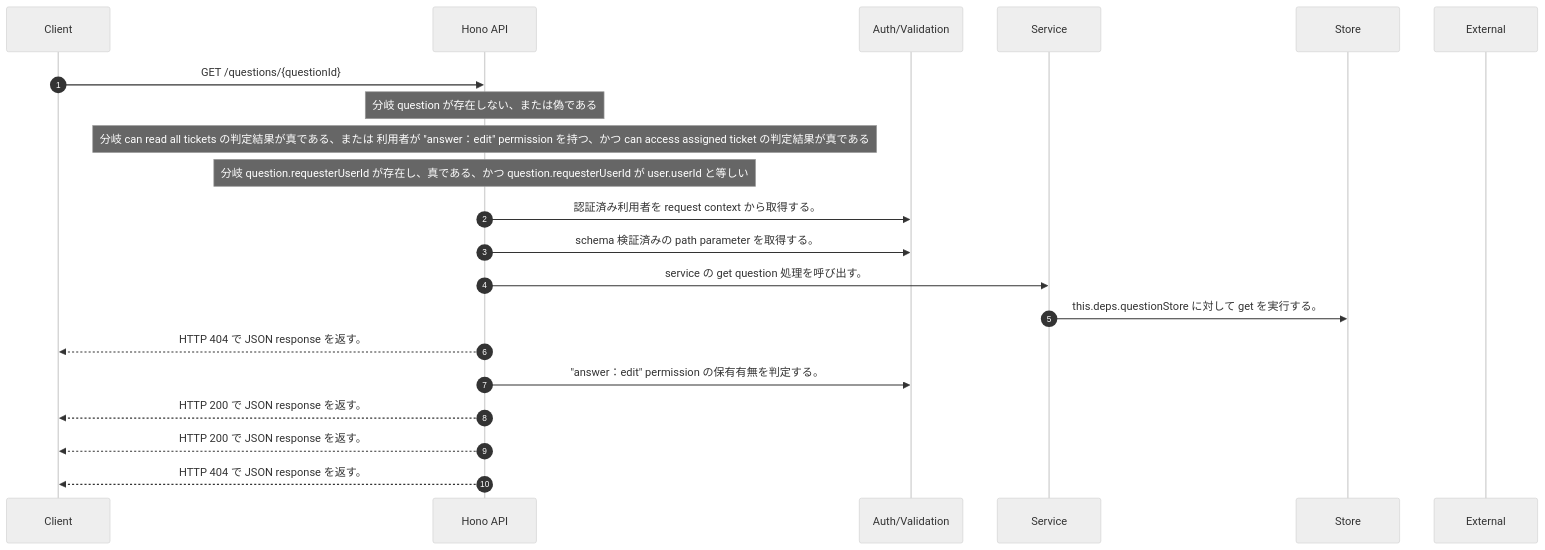
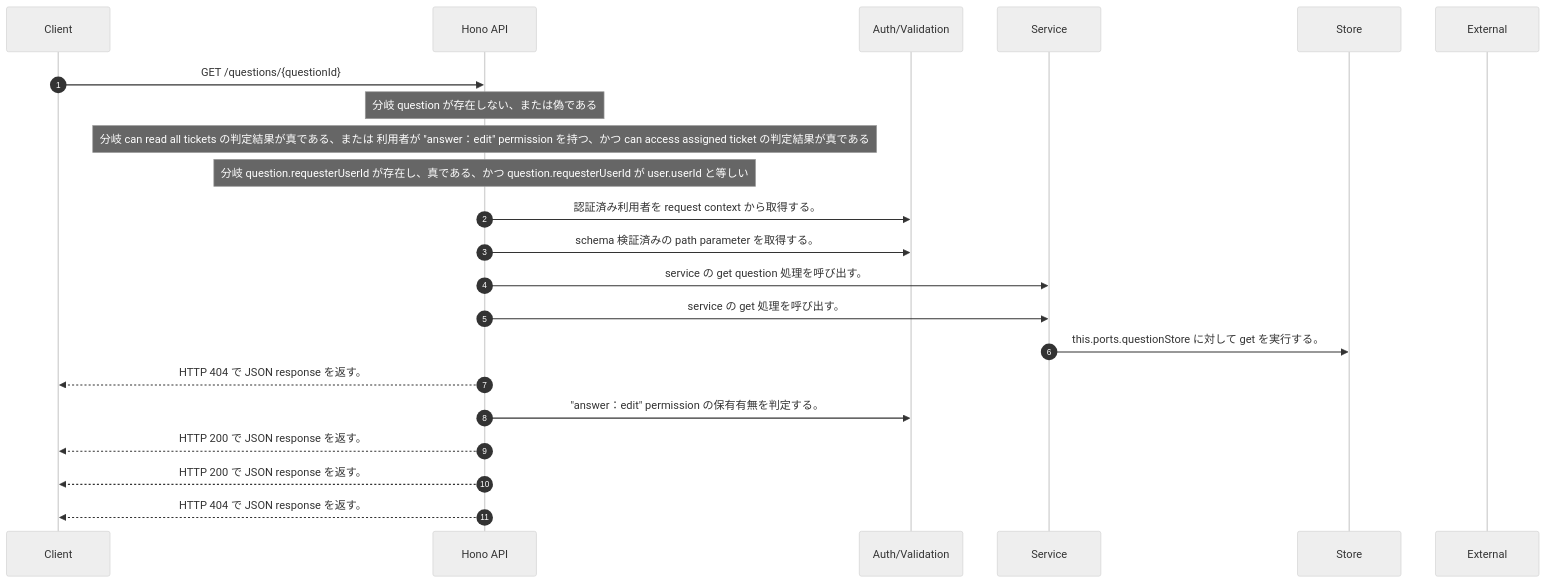
Before and after one commit to tsuji-tomonori/rag-assist: the diagram in docs/generated/api-code/get-questions-questionid/sequence_gen.md, drawn with Mermaid (neutral theme). The commit also changed other lines of this file and 311 other files, not shown here.

First line of the commit message:
♻️ refactor(api): question lifecycleをnarrow portへ分離

````diff
--- a/docs/generated/api-code/get-questions-questionid/sequence_gen.md
+++ b/docs/generated/api-code/get-questions-questionid/sequence_gen.md
@@ -7,23 +7,24 @@
 ```mermaid
 sequenceDiagram
   autonumber
   participant Client as Client
   participant API as Hono API
   participant Auth as Auth/Validation
   participant Service as Service
   participant Store as Store
   participant External as External
   Client->>API: GET /questions/{questionId}
   Note over API: 分岐 question が存在しない、または偽である
   Note over API: 分岐 can read all tickets の判定結果が真である、または 利用者が "answer：edit" permission を持つ、かつ can access assigned ticket の判定結果が真である
   Note over API: 分岐 question.requesterUserId が存在し、真である、かつ question.requesterUserId が user.userId と等しい
   API->>Auth: 認証済み利用者を request context から取得する。
   API->>Auth: schema 検証済みの path parameter を取得する。
   API->>Service: service の get question 処理を呼び出す。
-  Service->>Store: this.deps.questionStore に対して get を実行する。
+  API->>Service: service の get 処理を呼び出す。
+  Service->>Store: this.ports.questionStore に対して get を実行する。
   API-->>Client: HTTP 404 で JSON response を返す。
   API->>Auth: "answer：edit" permission の保有有無を判定する。
   API-->>Client: HTTP 200 で JSON response を返す。
   API-->>Client: HTTP 200 で JSON response を返す。
   API-->>Client: HTTP 404 で JSON response を返す。
 ```
````
